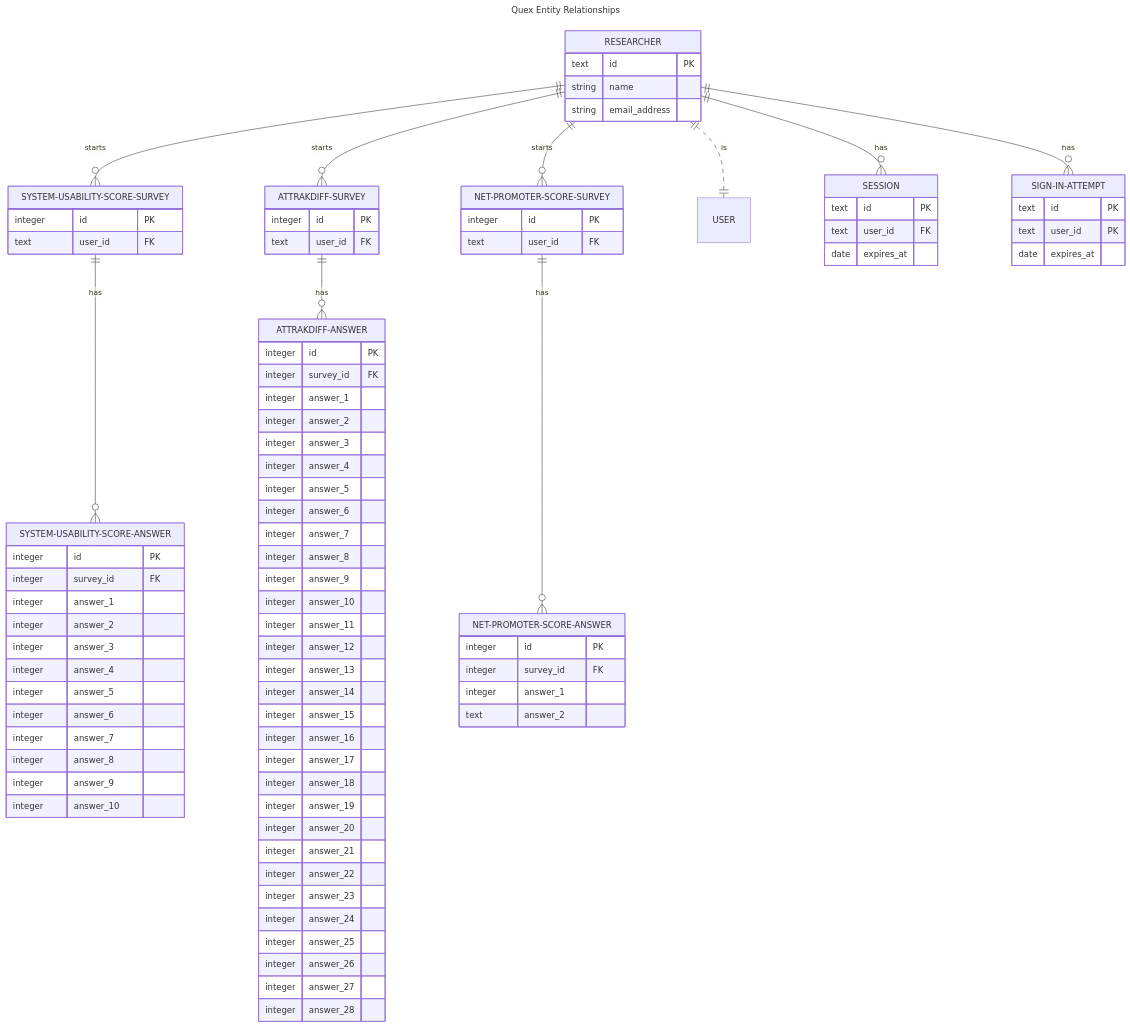
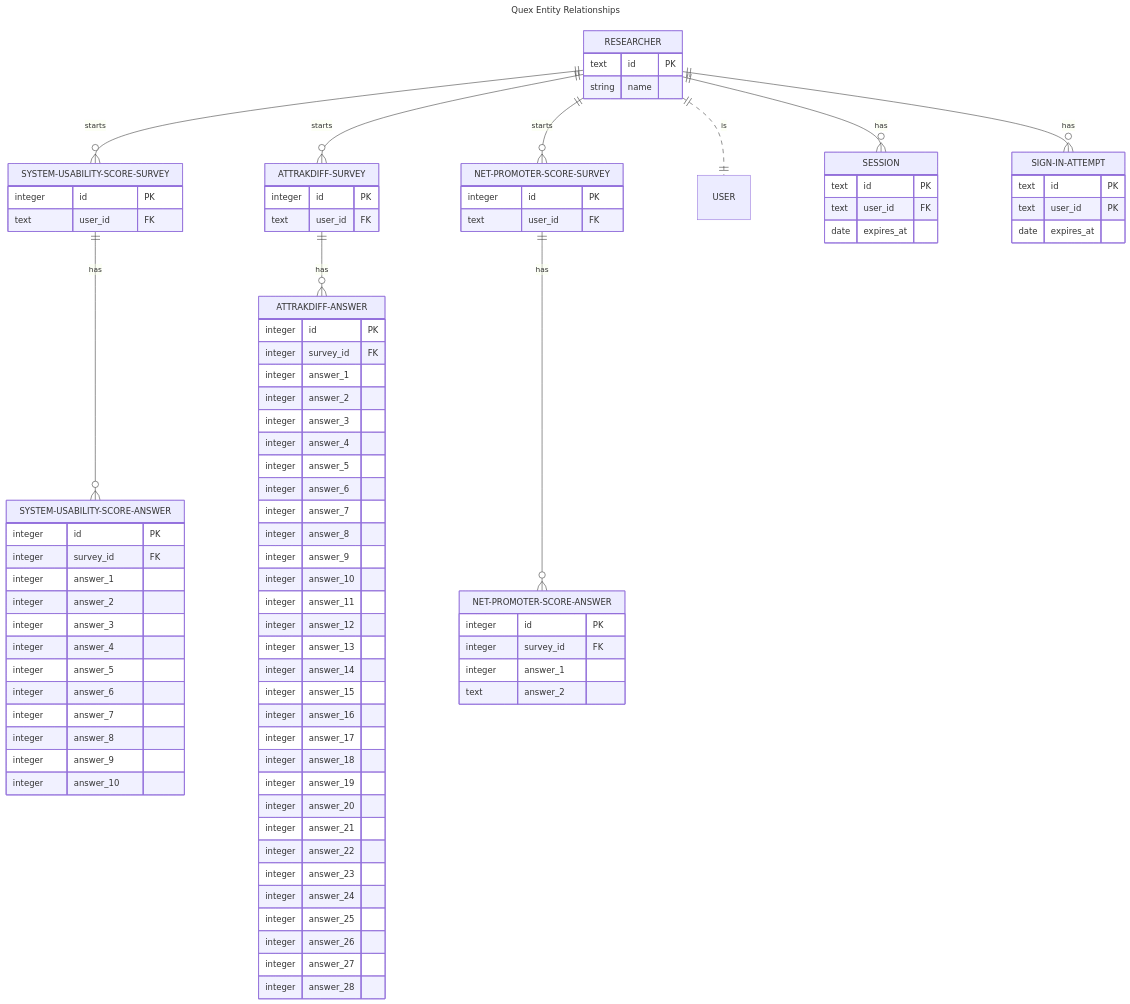
The diagram in docs/Entity Relationships.md (nc-apps/quex), drawn with Mermaid before and after one commit. The commit also changed 7 other files, not shown here.

```diff
--- a/docs/Entity Relationships.md
+++ b/docs/Entity Relationships.md
@@ -23,7 +23,6 @@
     RESEARCHER {
         text id PK
         string name
-        string email_address
     }
 
     SYSTEM-USABILITY-SCORE-SURVEY {
```
